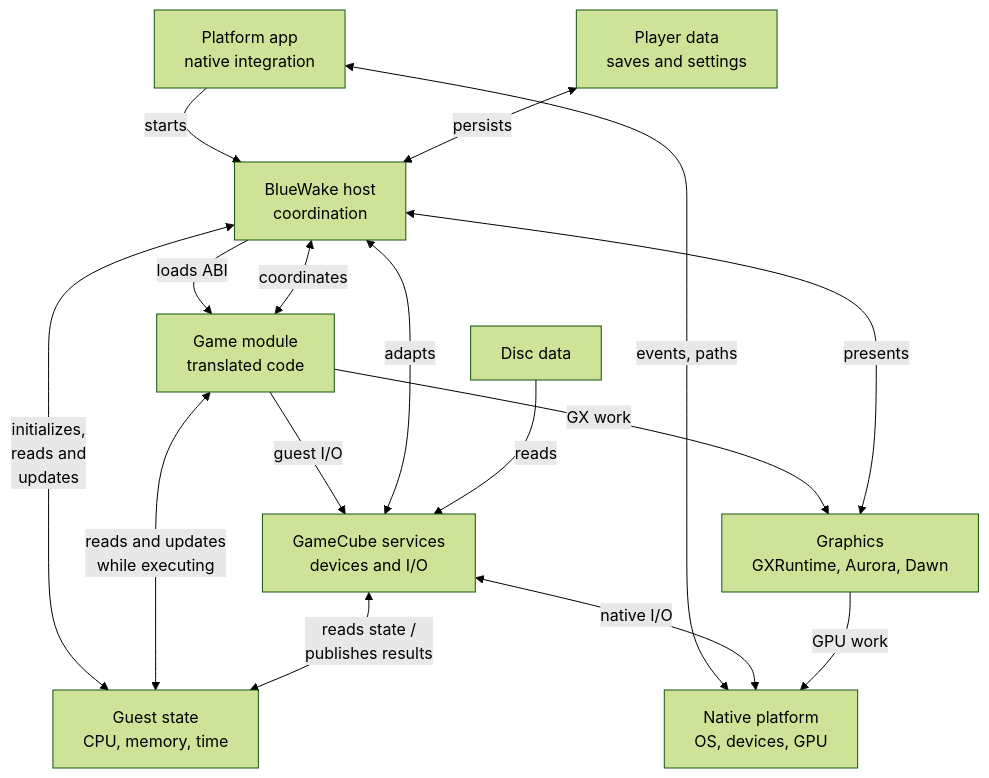
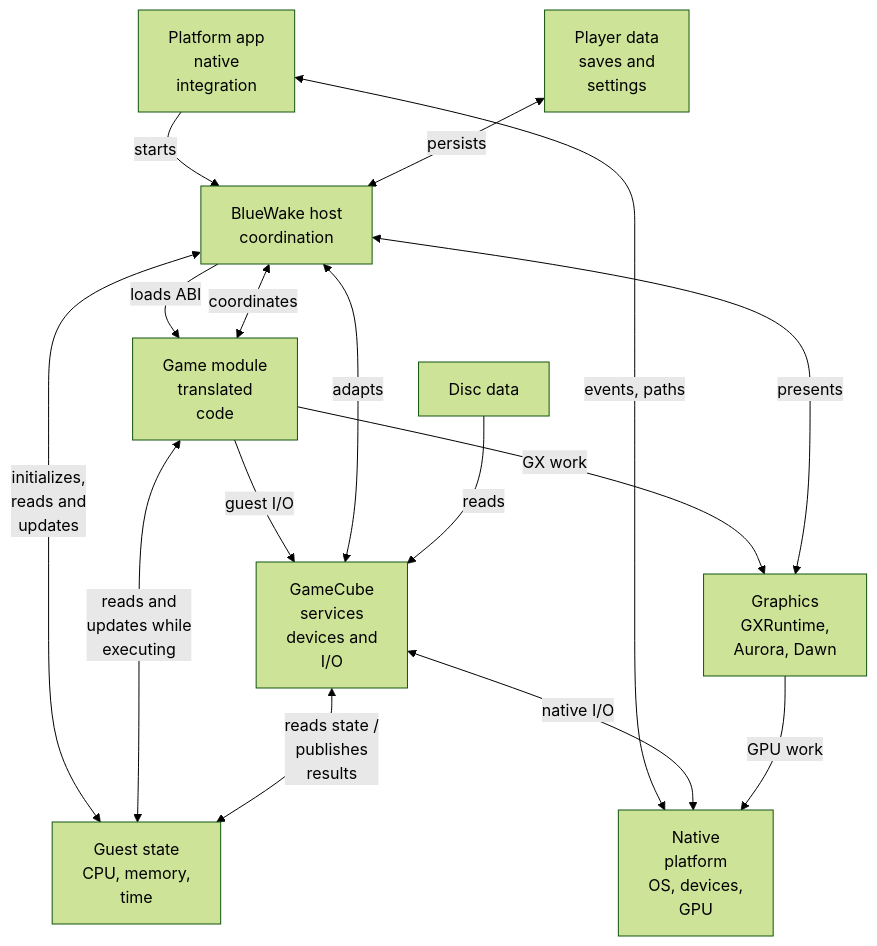
One commit to Aelbannan/boat_of_daphnes changed the first of 2 diagrams in docs/architecture/Runtime.md. Above: the diagram before and after it, drawn with Mermaid (forest theme). The commit also changed 6 other files, not shown here.

Commit message:
docs: wrap Mermaid labels for GitHub width

````diff
--- a/docs/architecture/Runtime.md
+++ b/docs/architecture/Runtime.md
@@ -38,40 +38,51 @@
 ```mermaid
 flowchart TD
     Platform["`Platform app
-native integration`"]
+native
+integration`"]
     Host["`BlueWake host
 coordination`"]
     Module["`Game module
-translated code`"]
+translated
+code`"]
     Guest["`Guest state
-CPU, memory, time`"]
-    Services["`GameCube services
-devices and I/O`"]
+CPU, memory,
+time`"]
+    Services["`GameCube
+services
+devices and
+I/O`"]
     Graphics["`Graphics
-GXRuntime, Aurora, Dawn`"]
+GXRuntime,
+Aurora, Dawn`"]
     Disc["Disc data"]
     Player["`Player data
-saves and settings`"]
-    Native["`Native platform
-OS, devices, GPU`"]
+saves and
+settings`"]
+    Native["`Native
+platform
+OS, devices,
+GPU`"]
 
     Platform -->|"starts"| Host
     Host -->|"loads ABI"| Module
     Host <-->|"coordinates"| Module
     Host <-->|"`initializes,
 reads and
 updates`"| Guest
-    Module <-->|"`reads and updates
-while executing`"| Guest
+    Module <-->|"`reads and
+updates while
+executing`"| Guest
     Module -->|"guest I/O"| Services
     Host <-->|"adapts"| Services
     Services <-->|"`reads state /
-publishes results`"| Guest
+publishes
+results`"| Guest
     Module -->|"GX work"| Graphics
     Host <-->|"presents"| Graphics
     Disc -->|"reads"| Services
     Player <-->|"persists"| Host
     Platform <-->|"events, paths"| Native
     Services <-->|"native I/O"| Native
     Graphics -->|"GPU work"| Native
 ```
````
